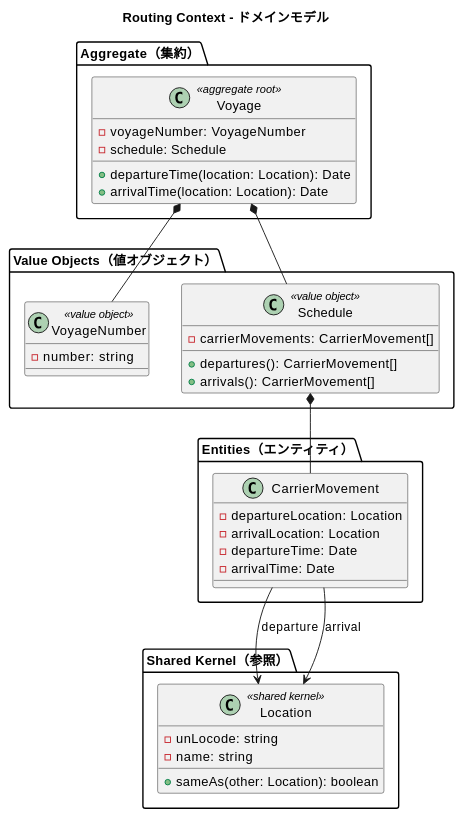
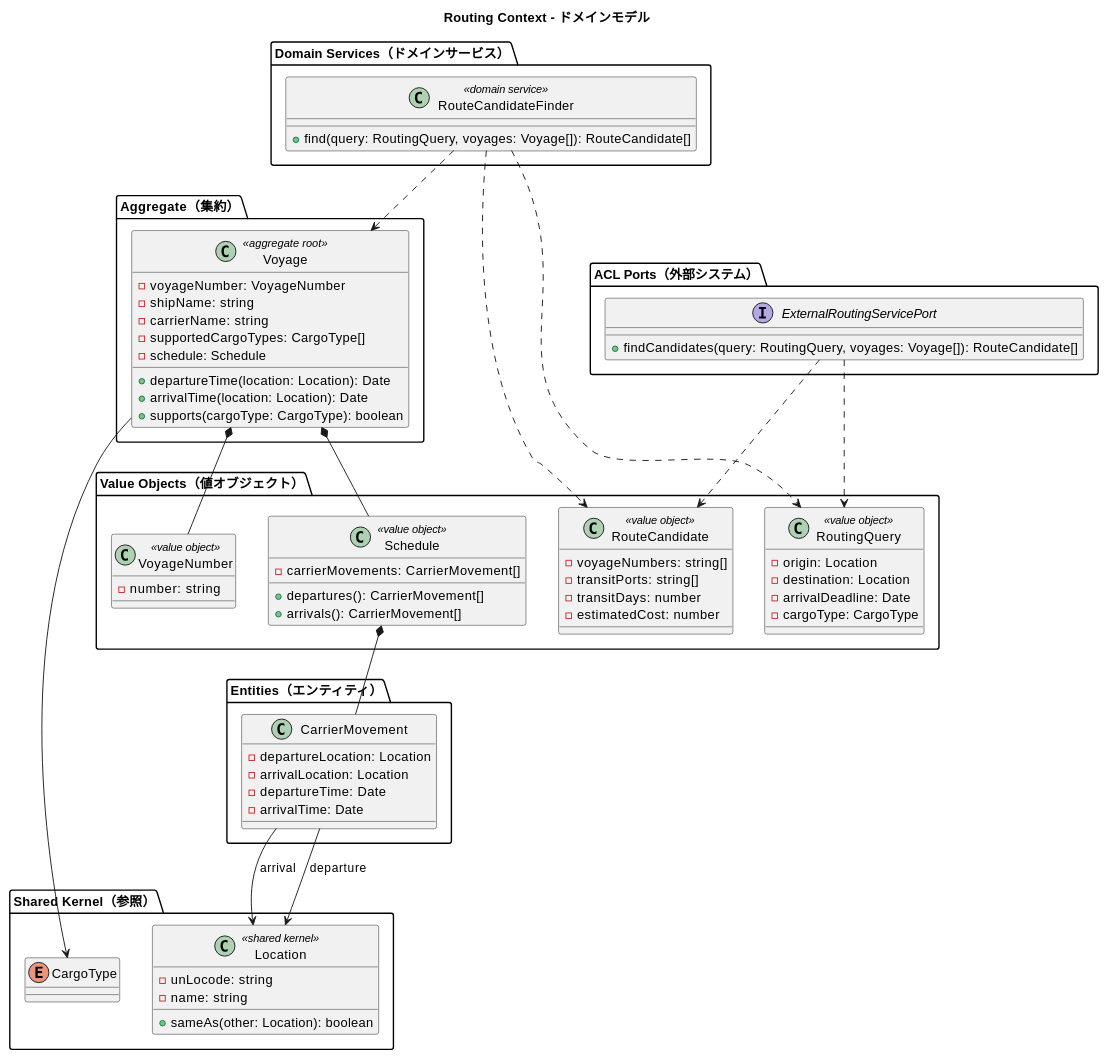
Before and after one commit to k2works/case-study-cargo-tracker: the fifth of 11 diagrams in docs/design/domain-model.md, drawn with PlantUML. The commit also changed other lines of this file and 7 other files, not shown here.

````diff
--- a/docs/design/domain-model.md
+++ b/docs/design/domain-model.md
@@ -534,9 +534,13 @@
 package "Aggregate（集約）" {
   class Voyage <<aggregate root>> {
     -voyageNumber: VoyageNumber
+    -shipName: string
+    -carrierName: string
+    -supportedCargoTypes: CargoType[]
     -schedule: Schedule
     +departureTime(location: Location): Date
     +arrivalTime(location: Location): Date
+    +supports(cargoType: CargoType): boolean
   }
 }
 
@@ -549,6 +553,18 @@
     +departures(): CarrierMovement[]
     +arrivals(): CarrierMovement[]
   }
+  class RoutingQuery <<value object>> {
+    -origin: Location
+    -destination: Location
+    -arrivalDeadline: Date
+    -cargoType: CargoType
+  }
+  class RouteCandidate <<value object>> {
+    -voyageNumbers: string[]
+    -transitPorts: string[]
+    -transitDays: number
+    -estimatedCost: number
+  }
 }
 
 package "Entities（エンティティ）" {
@@ -560,12 +576,25 @@
   }
 }
 
+package "Domain Services（ドメインサービス）" {
+  class RouteCandidateFinder <<domain service>> {
+    +find(query: RoutingQuery, voyages: Voyage[]): RouteCandidate[]
+  }
+}
+
+package "ACL Ports（外部システム）" {
+  interface ExternalRoutingServicePort {
+    +findCandidates(query: RoutingQuery, voyages: Voyage[]): RouteCandidate[]
+  }
+}
+
 package "Shared Kernel（参照）" {
   class Location <<shared kernel>> {
     -unLocode: string
     -name: string
     +sameAs(other: Location): boolean
   }
+  enum CargoType
 }
 
 Voyage *-- VoyageNumber
@@ -573,6 +602,12 @@
 Schedule *-- CarrierMovement
 CarrierMovement --> Location : departure
 CarrierMovement --> Location : arrival
+Voyage --> CargoType
+RouteCandidateFinder ..> RoutingQuery
+RouteCandidateFinder ..> Voyage
+RouteCandidateFinder ..> RouteCandidate
+ExternalRoutingServicePort ..> RoutingQuery
+ExternalRoutingServicePort ..> RouteCandidate
 
 @enduml
 ```
````
